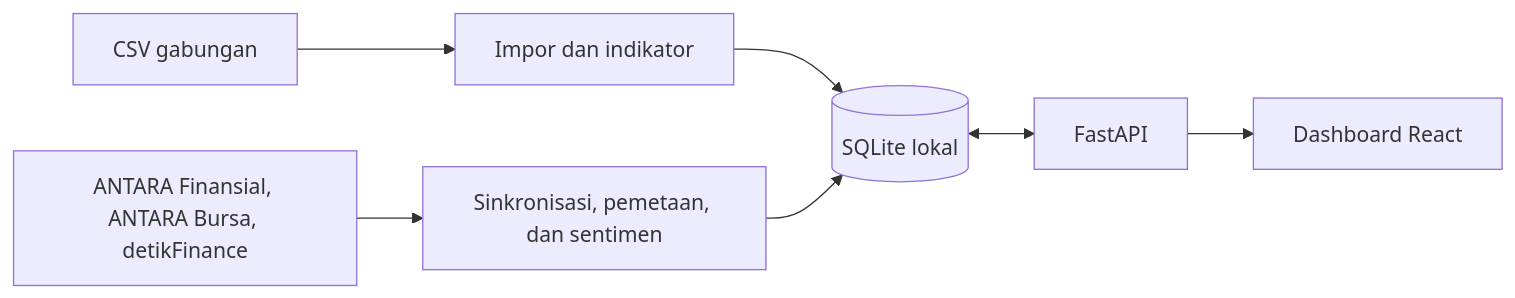
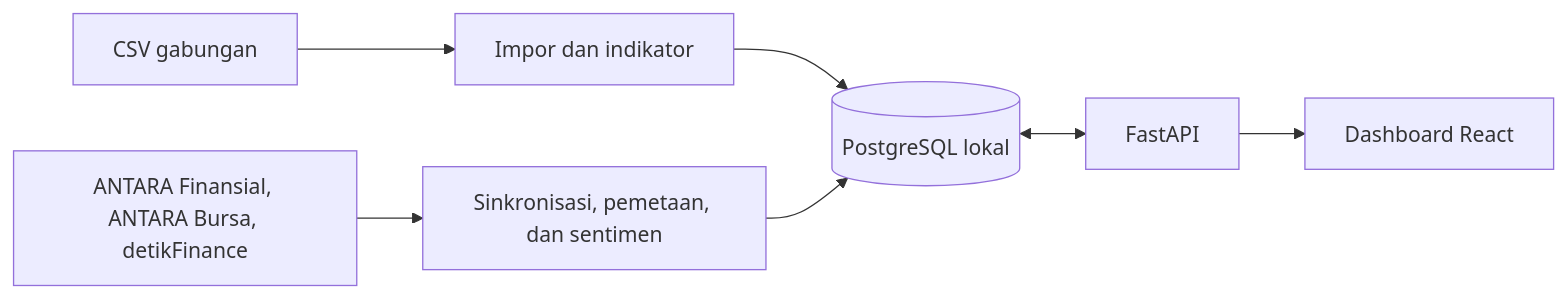
One commit to Rizal-Nurochman/web-stock-analyzer changed the diagram in docs/architecture.md. Above: the diagram before and after it, drawn with Mermaid. The commit also changed other lines of this file and 4 other files, not shown here.

````diff
--- a/docs/architecture.md
+++ b/docs/architecture.md
@@ -41,9 +43,9 @@
 ```mermaid
 flowchart LR
     CSV[CSV gabungan] --> Market[Impor dan indikator]
     RSS[ANTARA Finansial, ANTARA Bursa, detikFinance] --> News[Sinkronisasi, pemetaan, dan sentimen]
-    Market --> DB[(SQLite lokal)]
+    Market --> DB[(PostgreSQL lokal)]
     News --> DB
     DB <--> API[FastAPI]
     API --> Web[Dashboard React]
 ```
````
